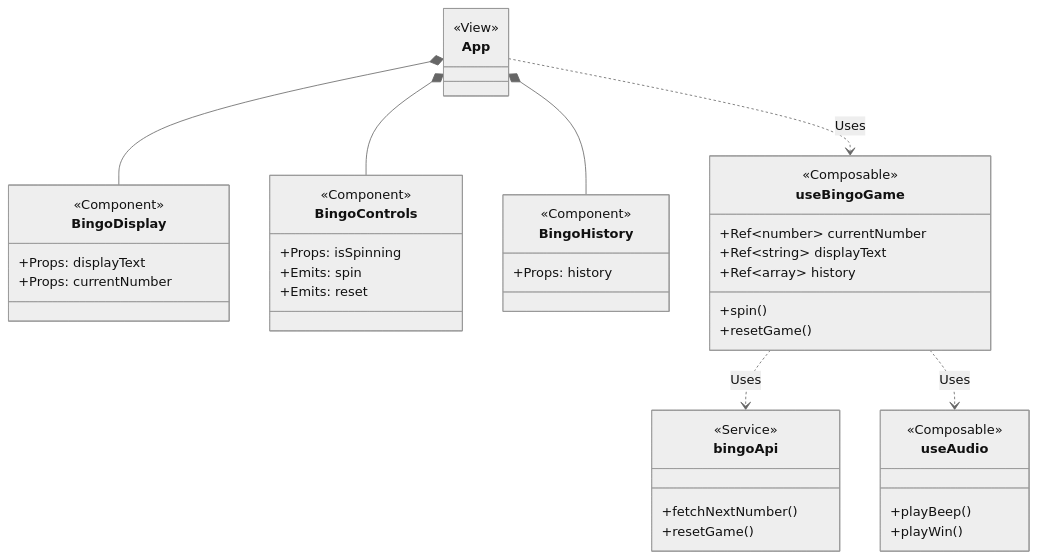
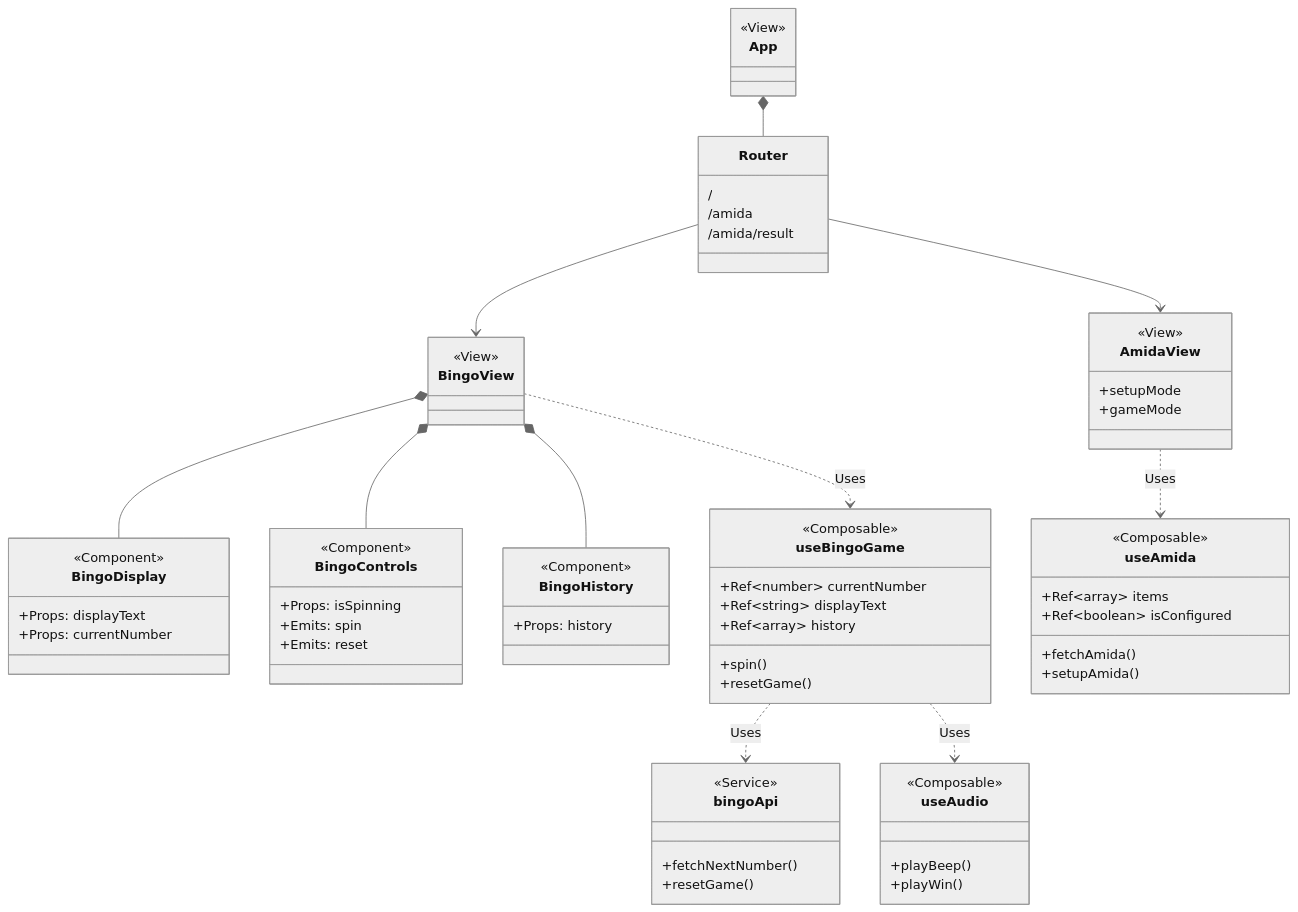
The third of 4 diagrams in docs/ARCHITECTURE.md (yasyasyu/bingo-server), drawn with Mermaid (neutral theme) before and after one commit. The commit also changed other lines of this file and 6 other files, not shown here.

````diff
--- a/docs/ARCHITECTURE.md
+++ b/docs/ARCHITECTURE.md
@@ -93,54 +103,82 @@
 ```mermaid
 classDiagram
     title Frontend Component and Logic Structure
 
     class App {
         <<View>>
+    }
+    
+    class Router {
+        /
+        /amida
+        /amida/result
+    }
+
+    class BingoView {
+        <<View>>
+    }
+
+    class AmidaView {
+        <<View>>
+        +setupMode
+        +gameMode
     }
 
     class BingoDisplay {
         <<Component>>
         +Props: displayText
         +Props: currentNumber
     }
 
     class BingoControls {
         <<Component>>
         +Props: isSpinning
         +Emits: spin
         +Emits: reset
     }
 
     class BingoHistory {
         <<Component>>
         +Props: history
     }
 
     class useBingoGame {
         <<Composable>>
         +Ref~number~ currentNumber
         +Ref~string~ displayText
         +Ref~array~ history
         +spin()
         +resetGame()
     }
 
     class bingoApi {
         <<Service>>
         +fetchNextNumber()
         +resetGame()
     }
 
     class useAudio {
         <<Composable>>
         +playBeep()
         +playWin()
     }
 
-    App *-- BingoDisplay
-    App *-- BingoControls
-    App *-- BingoHistory
-    App ..> useBingoGame : Uses
+    class useAmida {
+        <<Composable>>
+        +Ref~array~ items
+        +Ref~boolean~ isConfigured
+        +fetchAmida()
+        +setupAmida()
+    }
+
+    App *-- Router
+    Router --> BingoView
+    Router --> AmidaView
+    BingoView *-- BingoDisplay
+    BingoView *-- BingoControls
+    BingoView *-- BingoHistory
+    BingoView ..> useBingoGame : Uses
+    AmidaView ..> useAmida : Uses
     useBingoGame ..> bingoApi : Uses
     useBingoGame ..> useAudio : Uses
 ```
````
